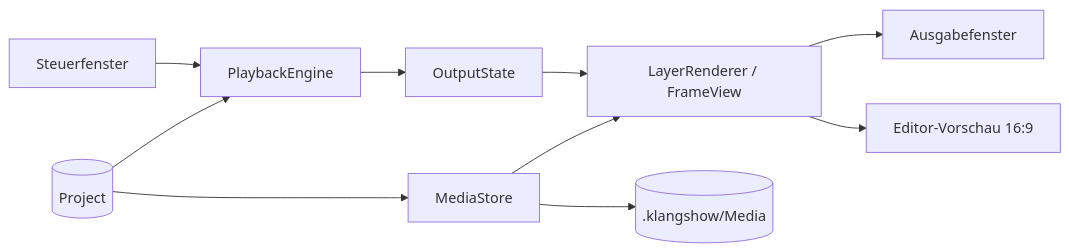
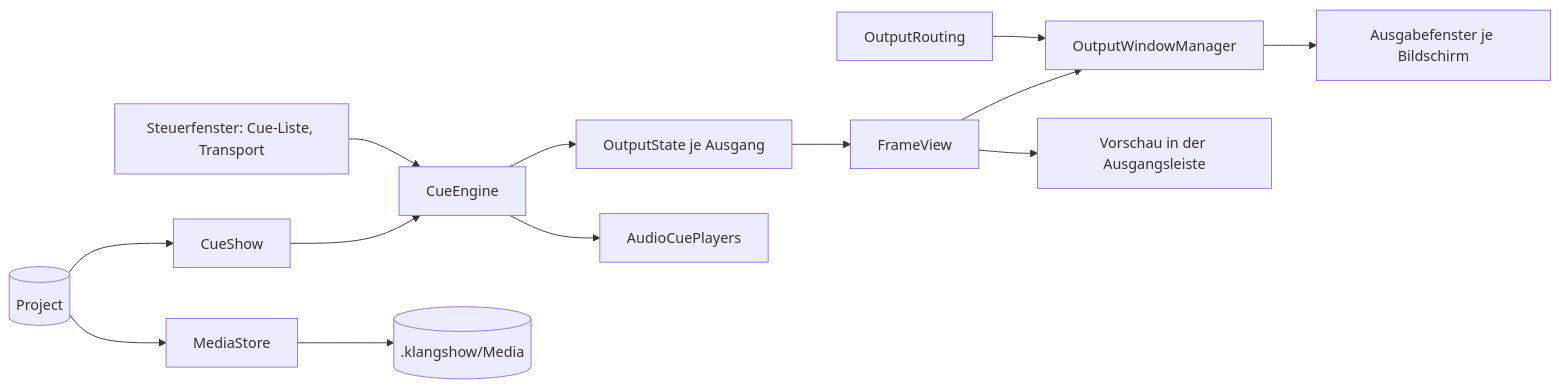
The first of 2 diagrams in docs/ARCHITEKTUR.md (dp5r2kn9vp-eng/Messe-Player), drawn with Mermaid before and after one commit. The commit also changed other lines of this file and 24 other files, not shown here.

````diff
--- a/docs/ARCHITEKTUR.md
+++ b/docs/ARCHITEKTUR.md
@@ -13,12 +15,15 @@
 ```mermaid
 flowchart LR
-  Control[Steuerfenster] --> Engine[PlaybackEngine]
-  Engine --> State[OutputState]
-  State --> Renderer[LayerRenderer / FrameView]
-  Renderer --> Output[Ausgabefenster]
-  Renderer --> Preview[Editor-Vorschau 16:9]
-  Project[(Project)] --> Engine
+  Control[Steuerfenster: Cue-Liste, Transport] --> Engine[CueEngine]
+  Project[(Project)] --> Show[CueShow]
+  Show --> Engine
+  Engine --> State[OutputState je Ausgang]
+  Engine --> Audio[AudioCuePlayers]
+  State --> Renderer[FrameView]
+  Routing[OutputRouting] --> Windows[OutputWindowManager]
+  Renderer --> Windows
+  Windows --> Out[Ausgabefenster je Bildschirm]
+  Renderer --> Preview[Vorschau in der Ausgangsleiste]
   Project --> Store[MediaStore]
   Store --> Package[(.klangshow/Media)]
-  Store --> Renderer
 ```
````
